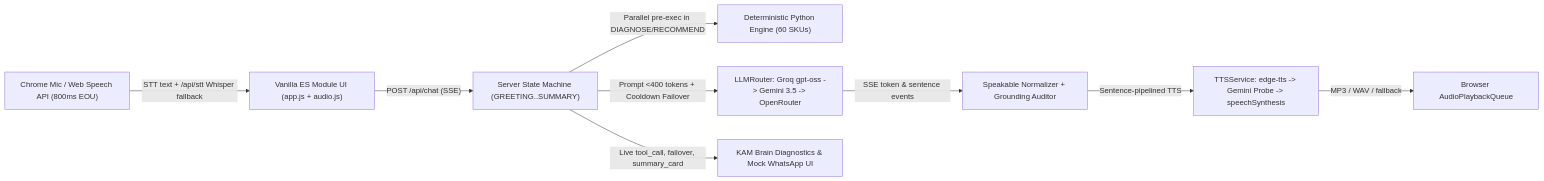
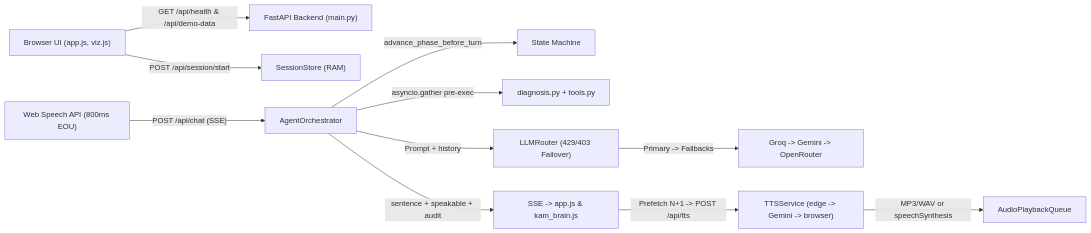
Before and after one commit to dummycodertech/VoiceKAM: the diagram in README.md, drawn with Mermaid. The commit also changed other lines of this file and 1 other file, not shown here.

````diff
--- a/README.md
+++ b/README.md
@@ -24,11 +98,13 @@
 ```mermaid
 flowchart LR
-    Mic["Chrome Mic / Web Speech API (800ms EOU)"] -->|"STT text + /api/stt Whisper fallback"| FE["Vanilla ES Module UI (app.js + audio.js)"]
-    FE -->|"POST /api/chat (SSE)"| SM["Server State Machine (GREETING..SUMMARY)"]
-    SM -->|"Parallel pre-exec in DIAGNOSE/RECOMMEND"| ENG["Deterministic Python Engine (60 SKUs)"]
-    SM -->|"Prompt <400 tokens + Cooldown Failover"| LLM["LLMRouter: Groq gpt-oss -> Gemini 3.5 -> OpenRouter"]
-    LLM -->|"SSE token & sentence events"| SPK["Speakable Normalizer + Grounding Auditor"]
-    SPK -->|"Sentence-pipelined TTS"| TTS["TTSService: edge-tts -> Gemini Probe -> speechSynthesis"]
-    TTS -->|"MP3 / WAV / fallback"| Audio["Browser AudioPlaybackQueue"]
-    SM -->|"Live tool_call, failover, summary_card"| Brain["KAM Brain Diagnostics & Mock WhatsApp UI"]
+    UI["Browser UI (app.js, viz.js)"] -->|"GET /api/health & /api/demo-data"| API["FastAPI Backend (main.py)"]
+    UI -->|"POST /api/session/start"| SM["SessionStore (RAM)"]
+    Mic["Web Speech API (800ms EOU)"] -->|"POST /api/chat (SSE)"| Orch["AgentOrchestrator"]
+    Orch -->|"advance_phase_before_turn"| State["State Machine"]
+    Orch -->|"asyncio.gather pre-exec"| Tools["diagnosis.py + tools.py"]
+    Orch -->|"Prompt + history"| Router["LLMRouter (429/403 Failover)"]
+    Router -->|"Primary -> Fallbacks"| LLMs["Groq -> Gemini -> OpenRouter"]
+    Orch -->|"sentence + speakable + audit"| SSE["SSE -> app.js & kam_brain.js"]
+    SSE -->|"Prefetch N+1 -> POST /api/tts"| TTS["TTSService (edge -> Gemini -> browser)"]
+    TTS -->|"MP3/WAV or speechSynthesis"| Audio["AudioPlaybackQueue"]
 ```
````
